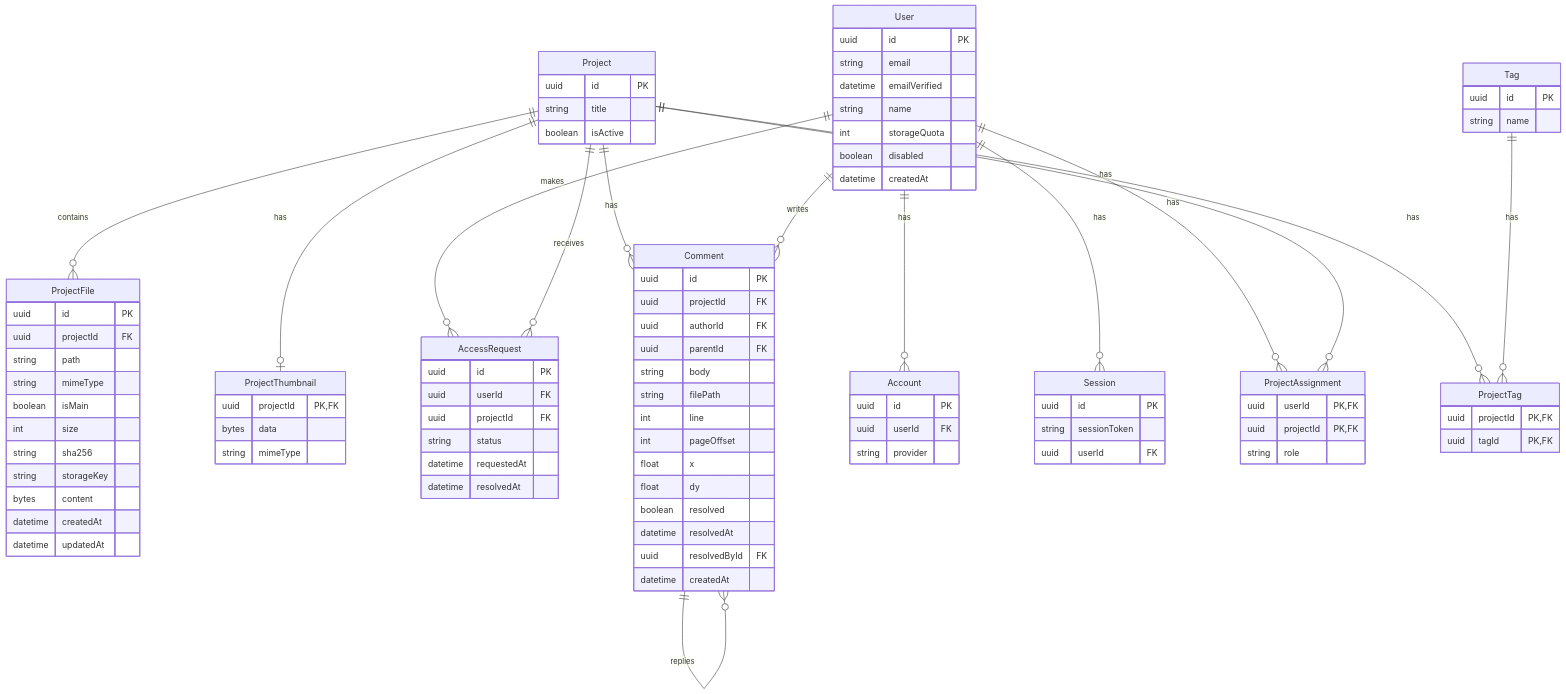
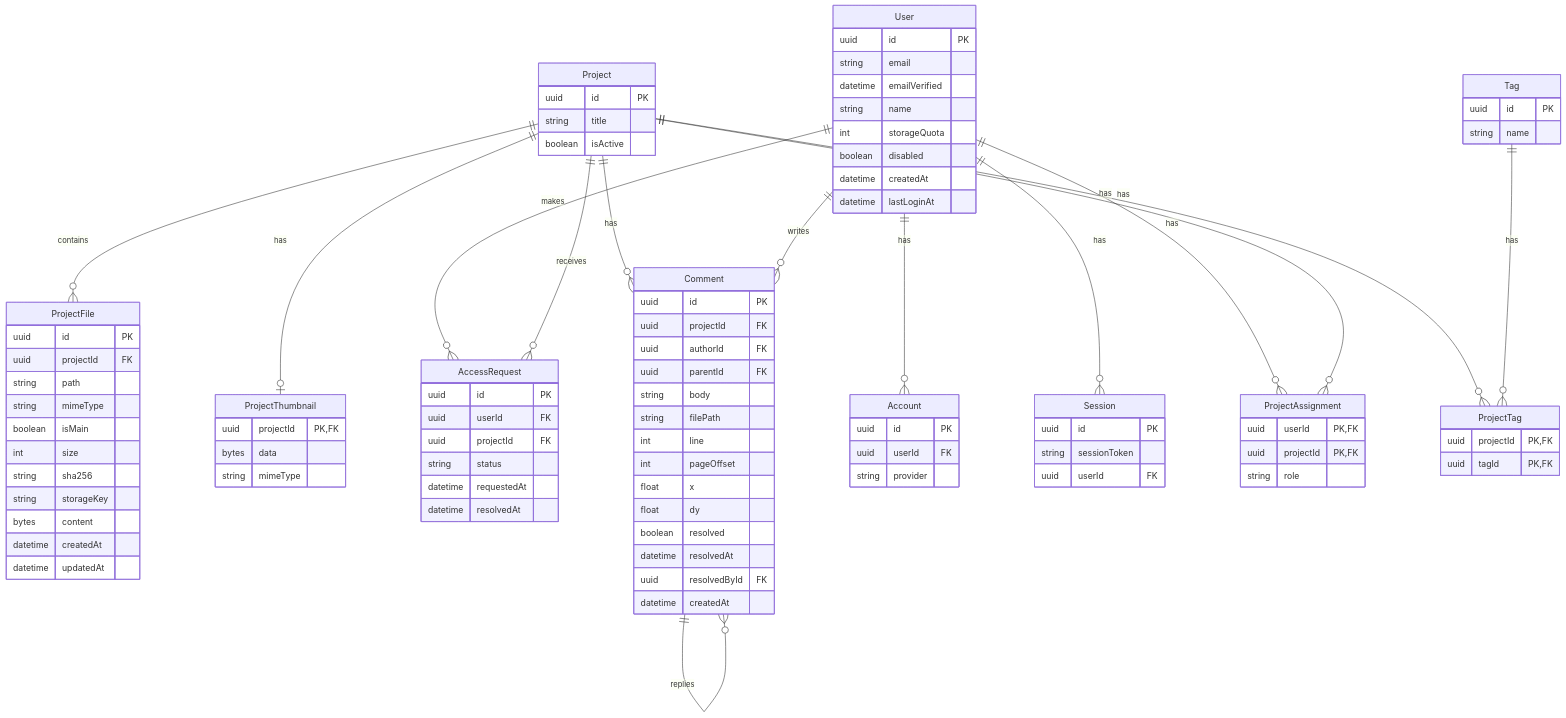
Before and after one commit to ISC-HEI/tisc-editor: the diagram in docs/docs/techdocs/architecture/database.md, drawn with Mermaid. The commit also changed other lines of this file and 1 other file, not shown here.

```diff
--- a/docs/docs/techdocs/architecture/database.md
+++ b/docs/docs/techdocs/architecture/database.md
@@ -14,6 +14,7 @@
         int storageQuota
         boolean disabled
         datetime createdAt
+        datetime lastLoginAt
     }
     Project {
         uuid id PK
```
